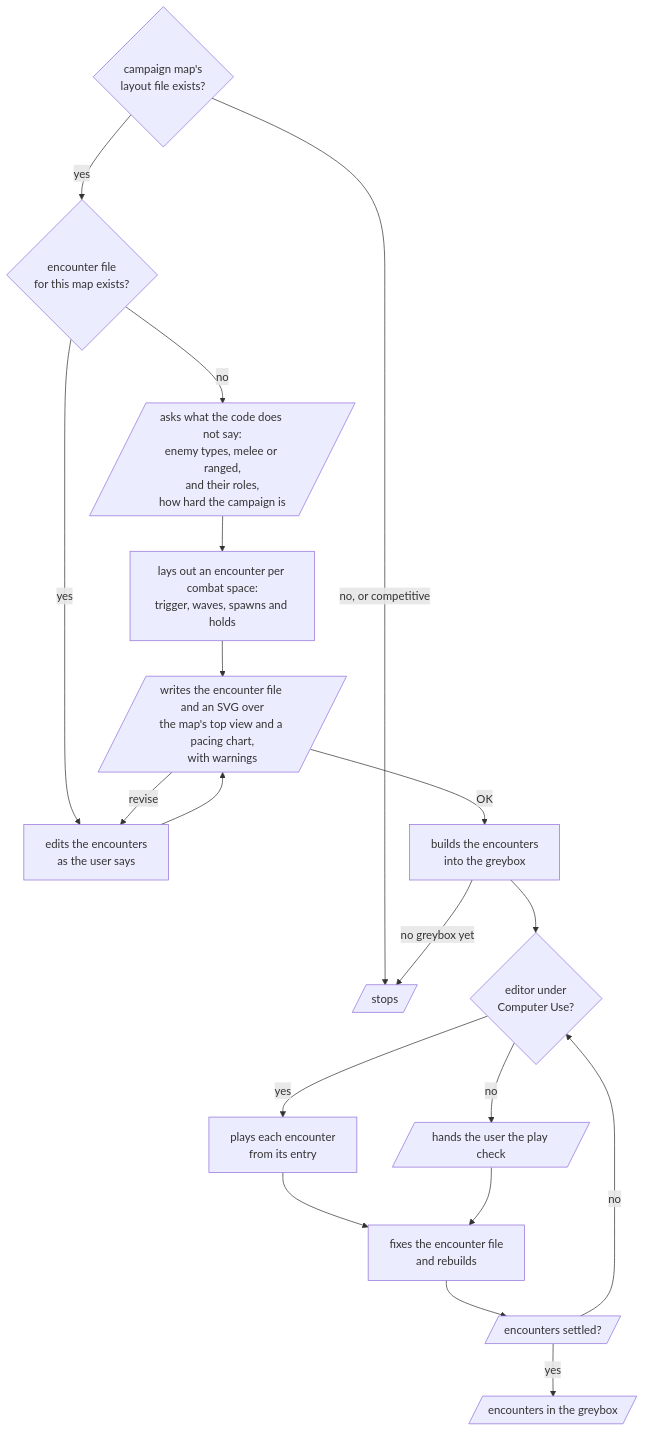
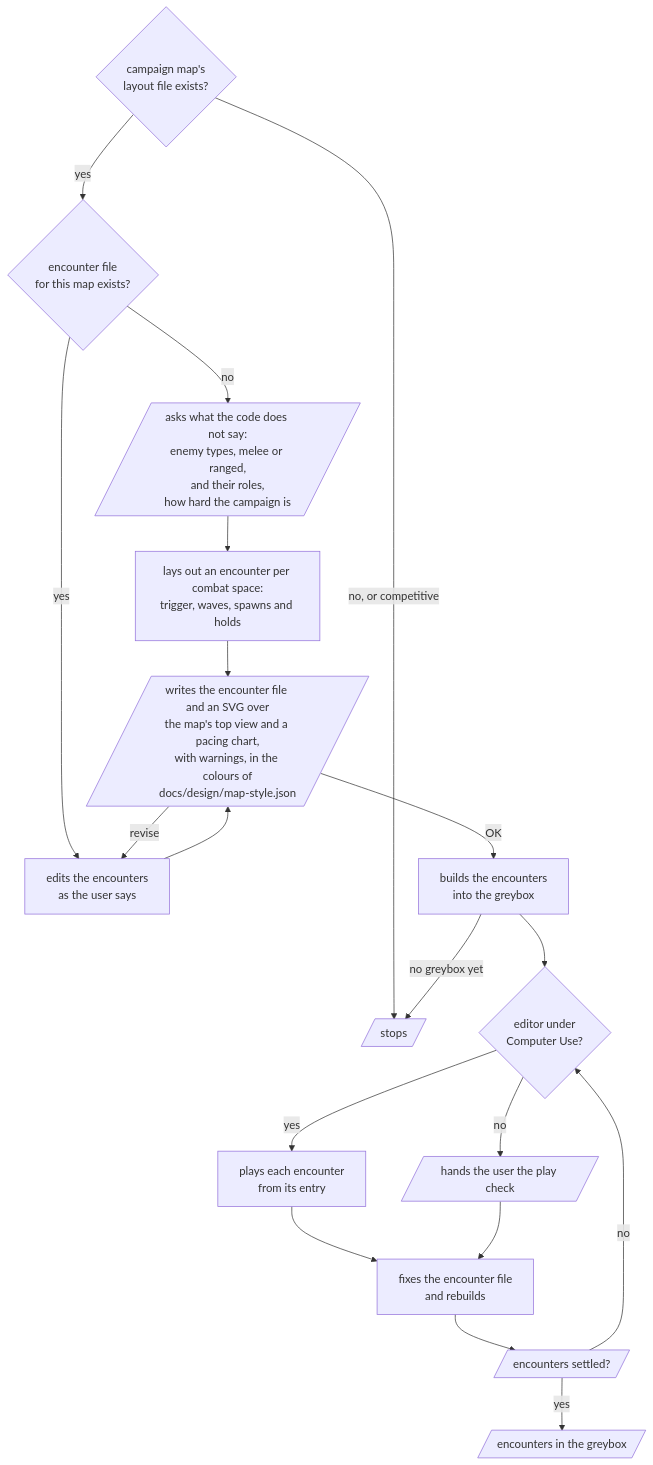
One commit to omni-stove/skill-kit changed the diagram in domains/game/skills/shooter-encounter/README.md. Above: the diagram before and after it, drawn with Mermaid. The commit also changed 19 other files, not shown here.

````diff
--- a/domains/game/skills/shooter-encounter/README.md
+++ b/domains/game/skills/shooter-encounter/README.md
@@ -3,22 +3,22 @@
 ```mermaid
 flowchart TD
   start{campaign map's<br/>layout file exists?}
   start -- "no, or competitive" --> stop[/stops/]
   start -- "yes" --> exists{encounter file<br/>for this map exists?}
   exists -- "no" --> ask[/asks what the code does not say:<br/>enemy types, melee or ranged,<br/>and their roles,<br/>how hard the campaign is/]
   ask --> write[lays out an encounter per combat space:<br/>trigger, waves, spawns and holds]
   exists -- "yes" --> edit[edits the encounters<br/>as the user says]
   write --> view
-  edit --> view[/writes the encounter file and an SVG over<br/>the map's top view and a pacing chart,<br/>with warnings/]
+  edit --> view[/writes the encounter file and an SVG over<br/>the map's top view and a pacing chart,<br/>with warnings, in the colours of<br/>docs/design/map-style.json/]
   view -- "revise" --> edit
   view -- "OK" --> build[builds the encounters<br/>into the greybox]
   build -- "no greybox yet" --> stop
   build --> how{editor under<br/>Computer Use?}
   how -- "yes" --> play[plays each encounter<br/>from its entry]
   how -- "no" --> hand[/hands the user the play check/]
   play --> fix[fixes the encounter file<br/>and rebuilds]
   hand --> fix
   fix --> settled[/encounters settled?/]
   settled -- "no" --> how
   settled -- "yes" --> done[/encounters in the greybox/]
 ```
````
